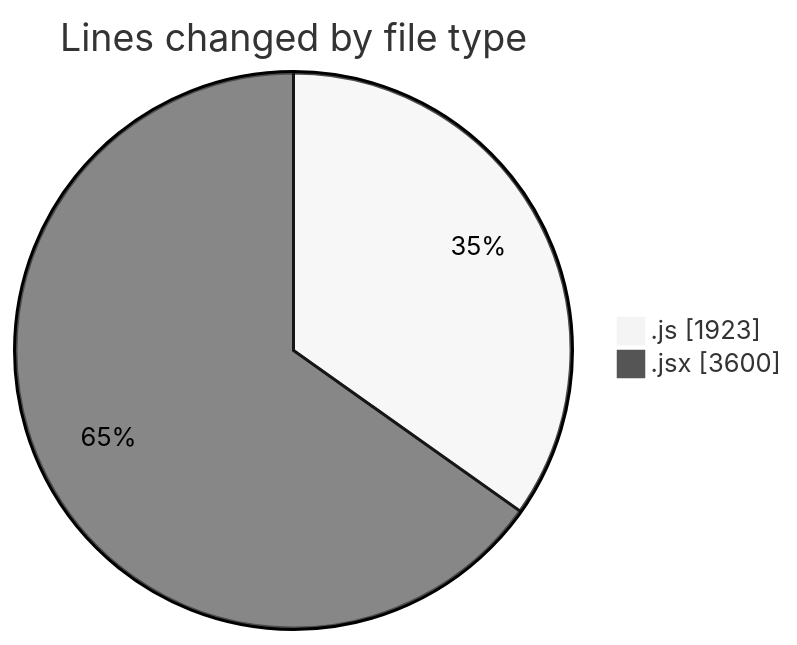
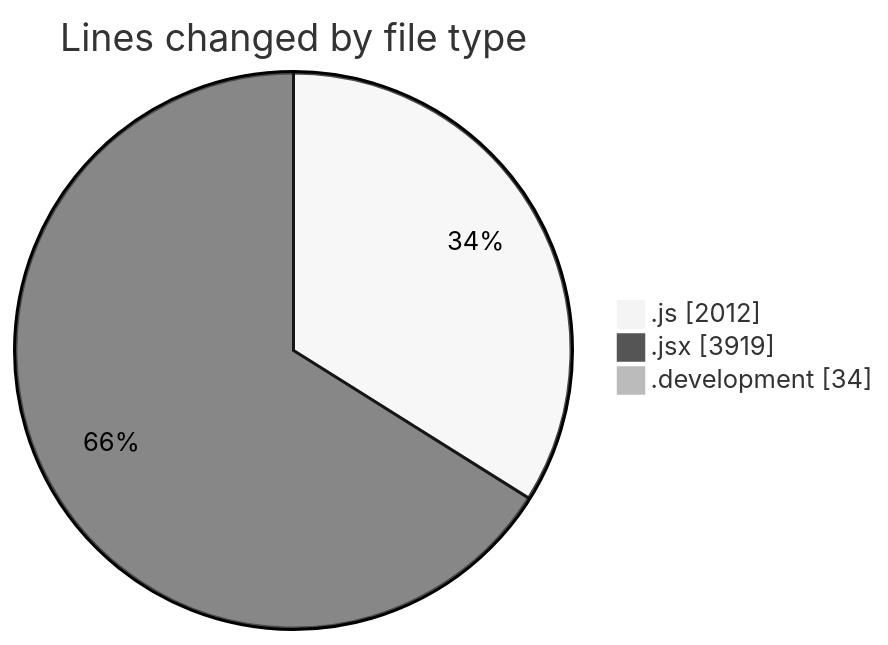
Before and after one commit to nxtqubesakshisongat/code-tracking: the first of 2 diagrams in 2025-09-18/nxtqube_webapp/README.md, drawn with Mermaid (neutral theme). The commit also changed other lines of this file and 1 other file, not shown here.

````diff
--- a/2025-09-18/nxtqube_webapp/README.md
+++ b/2025-09-18/nxtqube_webapp/README.md
@@ -32,6 +34,7 @@
 ```mermaid
 pie showData
 title Lines changed by file type
-".js" : 1923
-".jsx" : 3600
+".js" : 2012
+".jsx" : 3919
+".development" : 34
 ```
````
